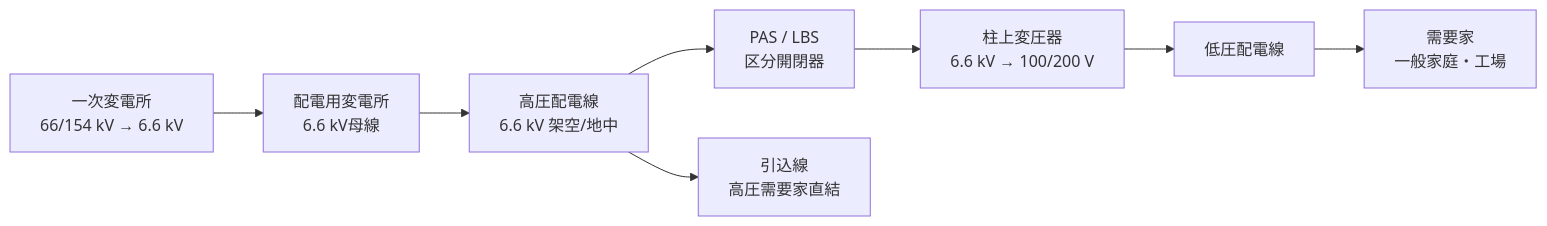
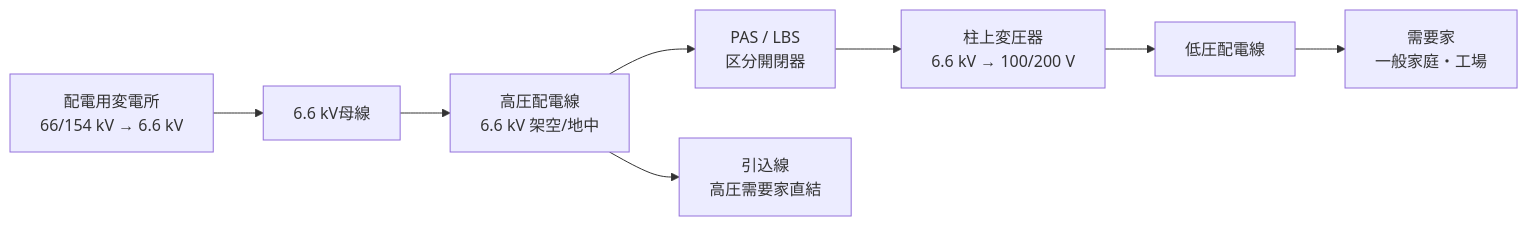
Before and after one commit to kfurufuru/denken-wiki-denryoku: the diagram in docs/themes/haiden.md, drawn with Mermaid. The commit also changed other lines of this file and 41 other files, not shown here.

````diff
--- a/docs/themes/haiden.md
+++ b/docs/themes/haiden.md
@@ -24,10 +23,10 @@
 ```mermaid
 graph LR
-    A[一次変電所<br/>66/154 kV → 6.6 kV] --> B[配電用変電所<br/>6.6 kV母線]
+    A[配電用変電所<br/>66/154 kV → 6.6 kV] --> B[6.6 kV母線]
     B --> C[高圧配電線<br/>6.6 kV 架空/地中]
     C --> D1[PAS / LBS<br/>区分開閉器]
     D1 --> E[柱上変圧器<br/>6.6 kV → 100/200 V]
     E --> F[低圧配電線]
     F --> G[需要家<br/>一般家庭・工場]
     C --> D2[引込線<br/>高圧需要家直結]
 ```
````
